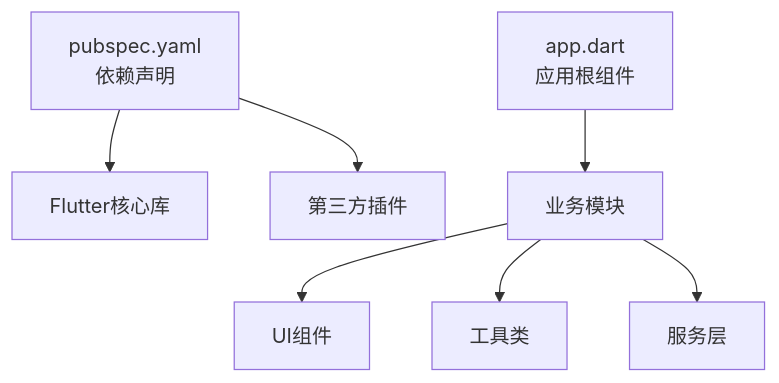
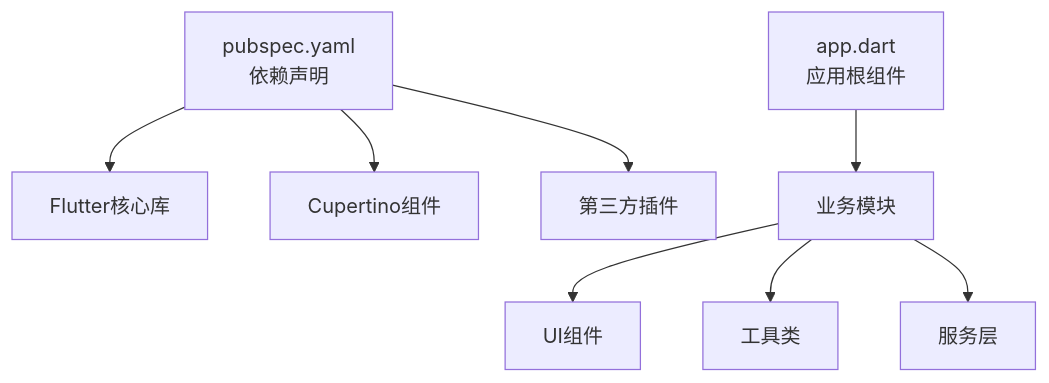
One commit to ZhangGHGitHub/LegadoTeamFlutter changed the seventh of 7 diagrams in .qoder/repowiki/zh/content/主题和样式/多平台样式适配/Flutter Material Components应用.md. Above: the diagram before and after it, drawn with Mermaid. The commit also changed other lines of this file and 173 other files, not shown here.

````diff
--- a/.qoder/repowiki/zh/content/主题和样式/多平台样式适配/Flutter Material Components应用.md
+++ b/.qoder/repowiki/zh/content/主题和样式/多平台样式适配/Flutter Material Components应用.md
@@ -217,9 +280,10 @@
 ```mermaid
 graph TB
 Pubspec["pubspec.yaml<br/>依赖声明"] --> FlutterCore["Flutter核心库"]
+Pubspec --> Cupertino["Cupertino组件"]
 Pubspec --> Plugins["第三方插件"]
 App["app.dart<br/>应用根组件"] --> Modules["业务模块"]
 Modules --> UI["UI组件"]
 Modules --> Utils["工具类"]
 Modules --> Services["服务层"]
 ```
````
